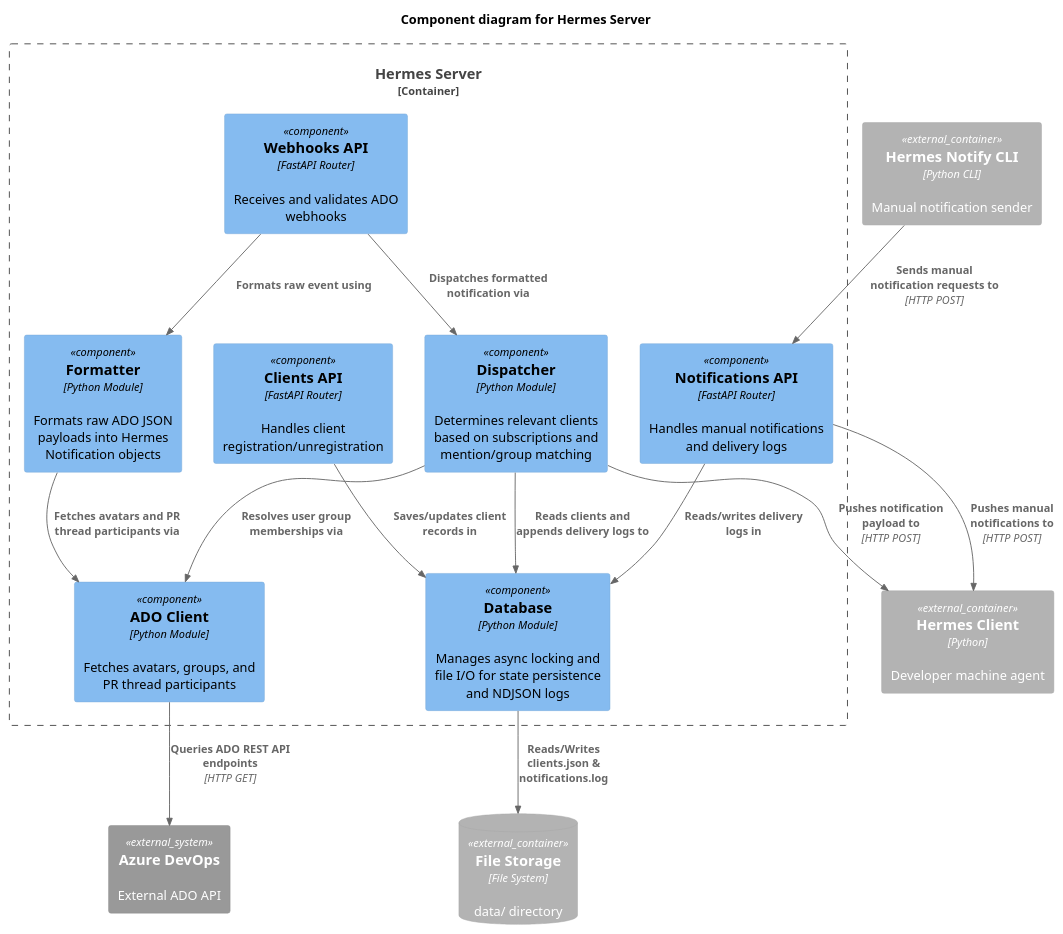
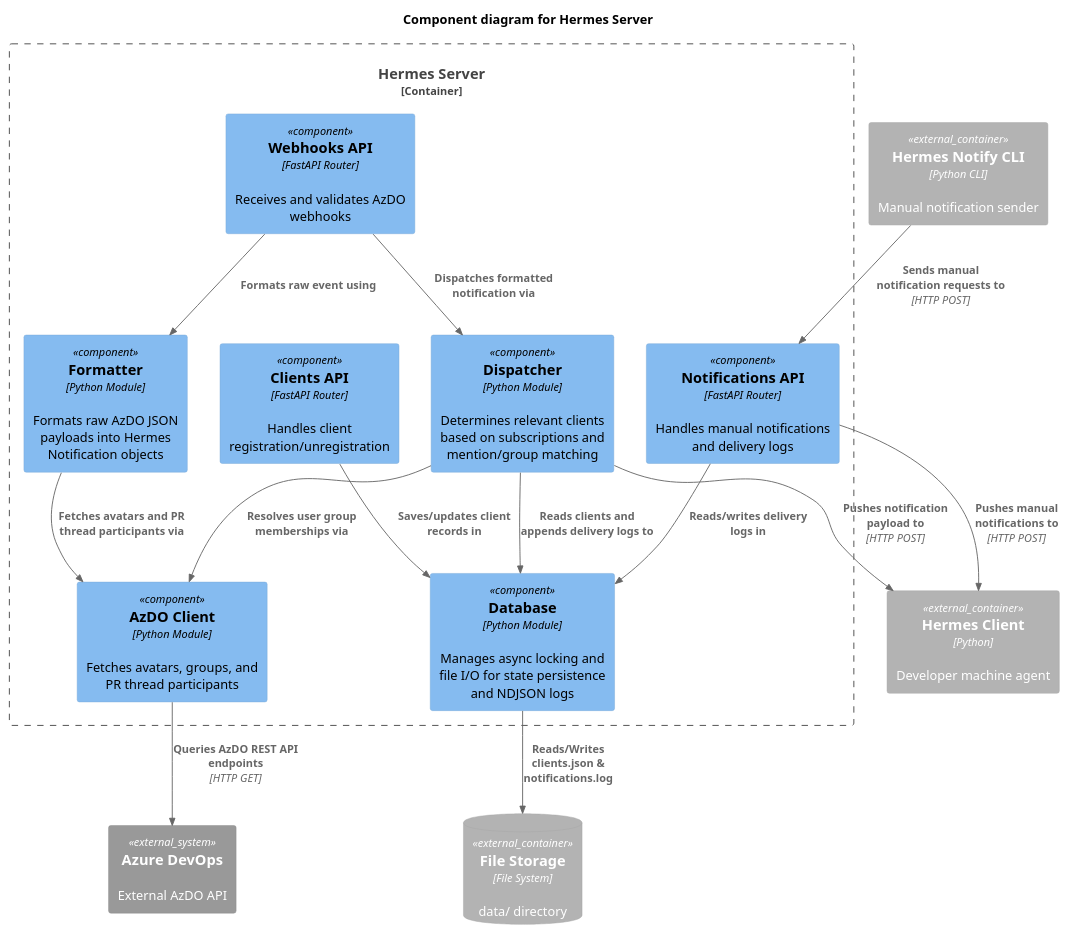
One commit to dcollison/hermes changed the diagram in design/component.puml. Above: the diagram before and after it, drawn with PlantUML. The commit also changed 34 other files, not shown here.

```diff
--- a/design/component.puml
+++ b/design/component.puml
@@ -1,33 +1,33 @@
 @startuml
 !include https://raw.githubusercontent.com/plantuml-stdlib/C4-PlantUML/master/C4_Component.puml
 
 title Component diagram for Hermes Server
 
 Container_Ext(client, "Hermes Client", "Python", "Developer machine agent")
 Container_Ext(cli, "Hermes Notify CLI", "Python CLI", "Manual notification sender")
-System_Ext(ado, "Azure DevOps", "External ADO API")
+System_Ext(azdo, "Azure DevOps", "External AzDO API")
 ContainerDb_Ext(db, "File Storage", "File System", "data/ directory")
 
 Container_Boundary(server, "Hermes Server") {
-    Component(webhooks_api, "Webhooks API", "FastAPI Router", "Receives and validates ADO webhooks")
+    Component(webhooks_api, "Webhooks API", "FastAPI Router", "Receives and validates AzDO webhooks")
     Component(clients_api, "Clients API", "FastAPI Router", "Handles client registration/unregistration")
     Component(notifications_api, "Notifications API", "FastAPI Router", "Handles manual notifications and delivery logs")
     Component(dispatcher, "Dispatcher", "Python Module", "Determines relevant clients based on subscriptions and mention/group matching")
-    Component(formatter, "Formatter", "Python Module", "Formats raw ADO JSON payloads into Hermes Notification objects")
-    Component(ado_client, "ADO Client", "Python Module", "Fetches avatars, groups, and PR thread participants")
+    Component(formatter, "Formatter", "Python Module", "Formats raw AzDO JSON payloads into Hermes Notification objects")
+    Component(azdo_client, "AzDO Client", "Python Module", "Fetches avatars, groups, and PR thread participants")
     Component(database, "Database", "Python Module", "Manages async locking and file I/O for state persistence and NDJSON logs")
 }
 
 Rel(webhooks_api, formatter, "Formats raw event using")
 Rel(webhooks_api, dispatcher, "Dispatches formatted notification via")
-Rel(formatter, ado_client, "Fetches avatars and PR thread participants via")
-Rel(dispatcher, ado_client, "Resolves user group memberships via")
-Rel(ado_client, ado, "Queries ADO REST API endpoints", "HTTP GET")
+Rel(formatter, azdo_client, "Fetches avatars and PR thread participants via")
+Rel(dispatcher, azdo_client, "Resolves user group memberships via")
+Rel(azdo_client, azdo, "Queries AzDO REST API endpoints", "HTTP GET")
 Rel(clients_api, database, "Saves/updates client records in")
 Rel(notifications_api, database, "Reads/writes delivery logs in")
 Rel(notifications_api, client, "Pushes manual notifications to", "HTTP POST")
 Rel(cli, notifications_api, "Sends manual notification requests to", "HTTP POST")
 Rel(dispatcher, database, "Reads clients and appends delivery logs to")
 Rel(database, db, "Reads/Writes clients.json & notifications.log")
 Rel(dispatcher, client, "Pushes notification payload to", "HTTP POST")
 @enduml
```
